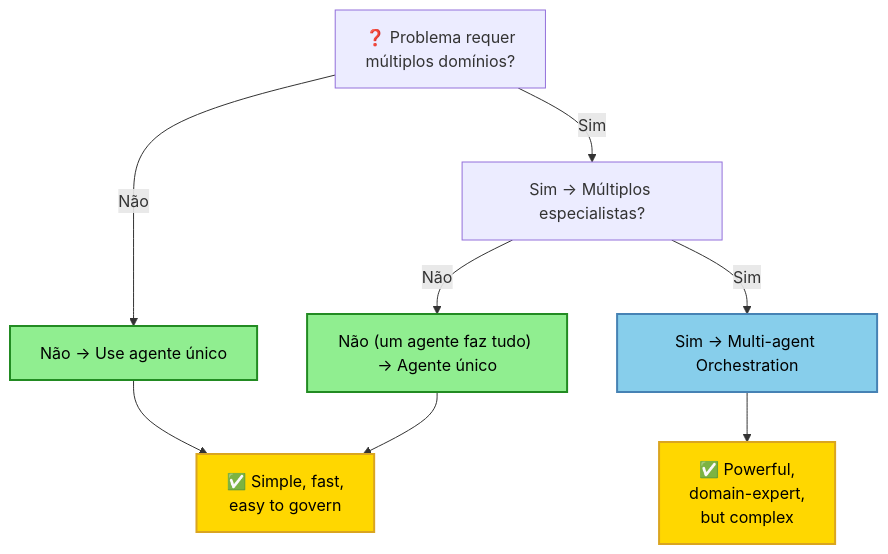
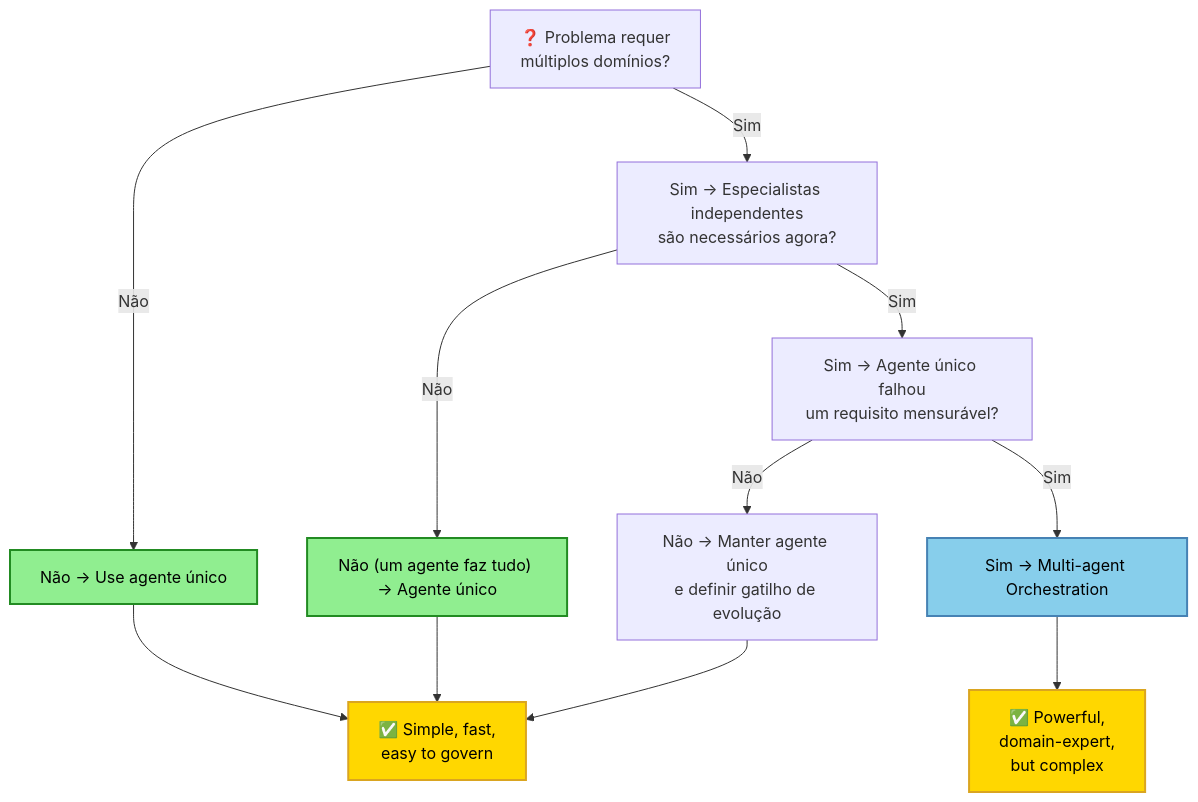
Before and after one commit to fabioharams/hubsp-ai-skill: the first of 6 diagrams in chapters/15-agent-orchestration.md, drawn with Mermaid. The commit also changed 7 other files, not shown here.

````diff
--- a/chapters/15-agent-orchestration.md
+++ b/chapters/15-agent-orchestration.md
@@ -13,25 +13,30 @@
 ```mermaid
 graph TD
     A["❓ Problema requer<br/>múltiplos domínios?"]
     
     B["Não → Use agente único"]
-    C["Sim → Múltiplos especialistas?"]
+    C["Sim → Especialistas independentes<br/>são necessários agora?"]
     
     D["Não (um agente faz tudo) → Agente único"]
-    E["Sim → Multi-agent Orchestration"]
+    E["Sim → Agente único falhou<br/>um requisito mensurável?"]
+    H["Não → Manter agente único<br/>e definir gatilho de evolução"]
+    I["Sim → Multi-agent Orchestration"]
     
     A -->|Não| B
     A -->|Sim| C
     C -->|Não| D
     C -->|Sim| E
     
     B --> F["✅ Simple, fast,<br/>easy to govern"]
     D --> F
-    E --> G["✅ Powerful,<br/>domain-expert,<br/>but complex"]
+    E -->|Não| H
+    E -->|Sim| I
+    H --> F
+    I --> G["✅ Powerful,<br/>domain-expert,<br/>but complex"]
     
     style B fill:#90EE90,stroke:#228B22,color:#000,stroke-width:2px
     style D fill:#90EE90,stroke:#228B22,color:#000,stroke-width:2px
-    style E fill:#87CEEB,stroke:#4682B4,color:#000,stroke-width:2px
+    style I fill:#87CEEB,stroke:#4682B4,color:#000,stroke-width:2px
     style F fill:#FFD700,stroke:#DAA520,color:#000,stroke-width:2px
     style G fill:#FFD700,stroke:#DAA520,color:#000,stroke-width:2px
 ```
````
